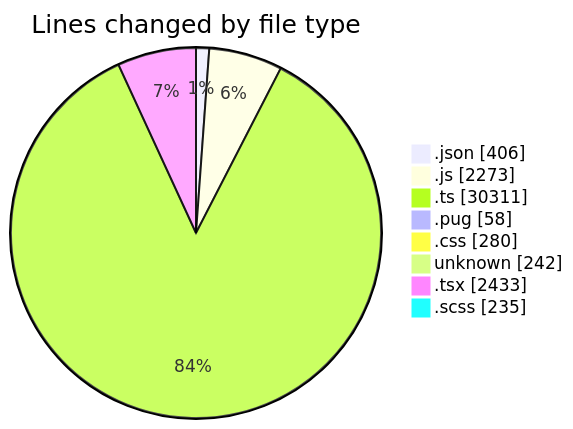
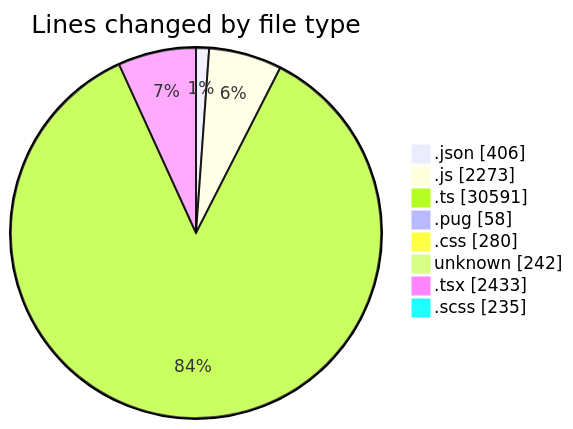
Before and after one commit to momahboobian/code-tracking: the first of 2 diagrams in 2026-06-02/cda/README.md, drawn with Mermaid. The commit also changed other lines of this file and 1 other file, not shown here.

````diff
--- a/2026-06-02/cda/README.md
+++ b/2026-06-02/cda/README.md
@@ -69,12 +69,12 @@
 ```mermaid
 pie showData
 title Lines changed by file type
 ".json" : 406
 ".js" : 2273
-".ts" : 30311
+".ts" : 30591
 ".pug" : 58
 ".css" : 280
 "unknown" : 242
 ".tsx" : 2433
 ".scss" : 235
 ```
````
